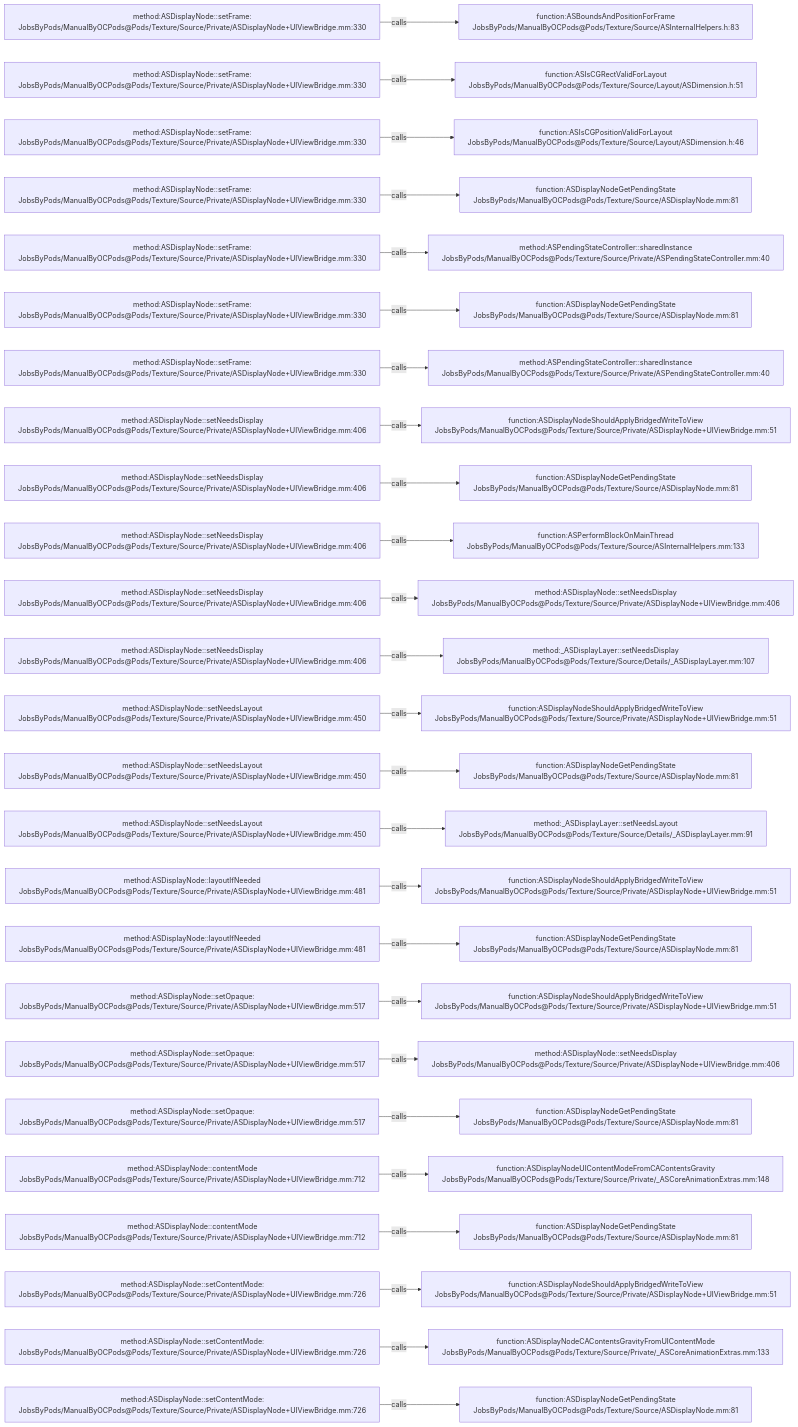
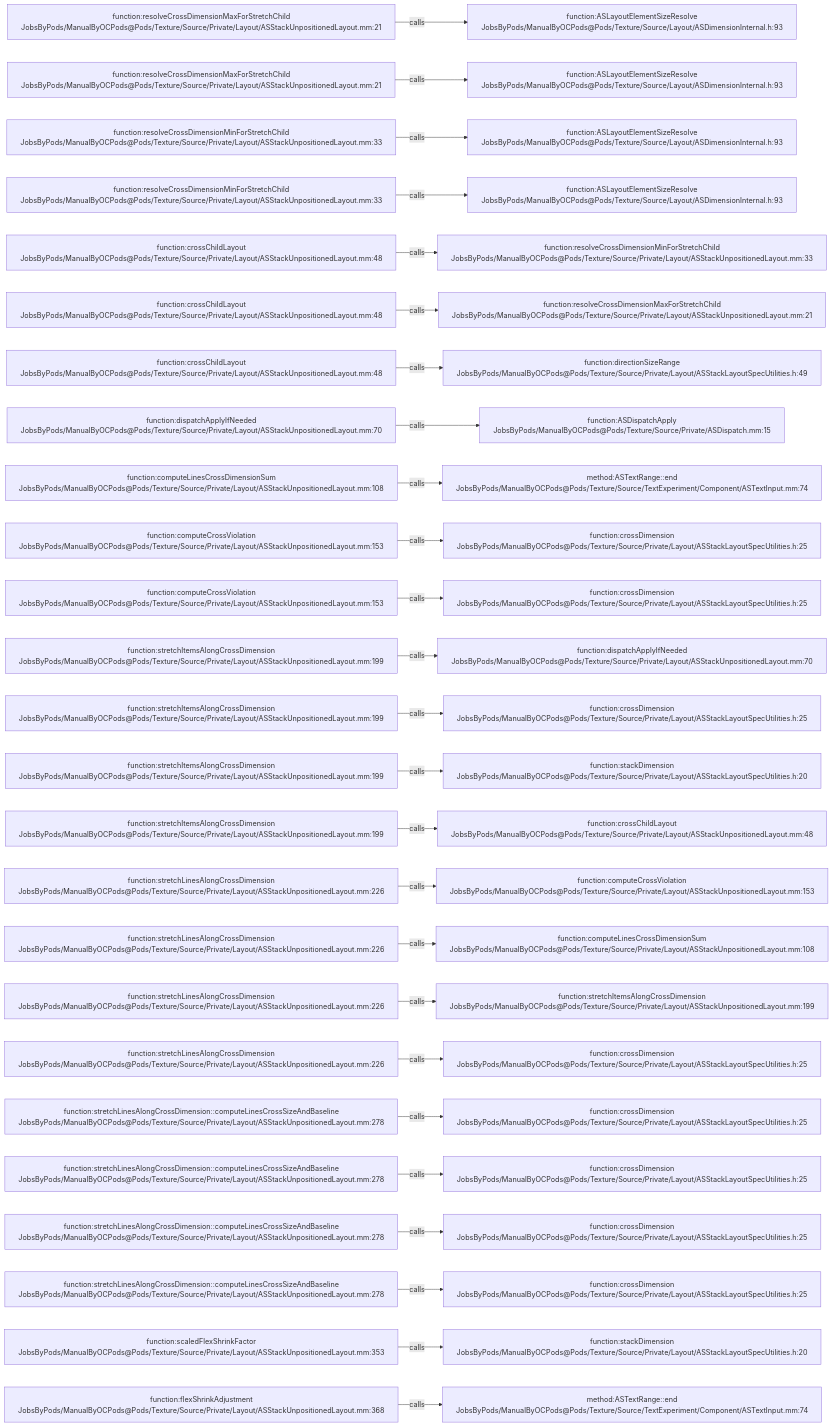
Before and after one commit to JobsKits/JobsOCBaseConfigDemo: the diagram in .codegraph/codegraph.md/graphs/calls-196.md, drawn with Mermaid. The commit also changed 1223 other files, not shown here.

````diff
--- a/.codegraph/codegraph.md/graphs/calls-196.md
+++ b/.codegraph/codegraph.md/graphs/calls-196.md
@@ -13,78 +13,78 @@
 ```mermaid
 flowchart LR
-  S1["method:ASDisplayNode::setFrame:<br/>JobsByPods/ManualByOCPods@Pods/Texture/Source/Private/ASDisplayNode+UIViewBridge.mm:330"]
-  T1["function:ASBoundsAndPositionForFrame<br/>JobsByPods/ManualByOCPods@Pods/Texture/Source/ASInternalHelpers.h:83"]
+  S1["function:resolveCrossDimensionMaxForStretchChild<br/>JobsByPods/ManualByOCPods@Pods/Texture/Source/Private/Layout/ASStackUnpositionedLayout.mm:21"]
+  T1["function:ASLayoutElementSizeResolve<br/>JobsByPods/ManualByOCPods@Pods/Texture/Source/Layout/ASDimensionInternal.h:93"]
   S1 -->|calls| T1
-  S2["method:ASDisplayNode::setFrame:<br/>JobsByPods/ManualByOCPods@Pods/Texture/Source/Private/ASDisplayNode+UIViewBridge.mm:330"]
-  T2["function:ASIsCGRectValidForLayout<br/>JobsByPods/ManualByOCPods@Pods/Texture/Source/Layout/ASDimension.h:51"]
+  S2["function:resolveCrossDimensionMaxForStretchChild<br/>JobsByPods/ManualByOCPods@Pods/Texture/Source/Private/Layout/ASStackUnpositionedLayout.mm:21"]
+  T2["function:ASLayoutElementSizeResolve<br/>JobsByPods/ManualByOCPods@Pods/Texture/Source/Layout/ASDimensionInternal.h:93"]
   S2 -->|calls| T2
-  S3["method:ASDisplayNode::setFrame:<br/>JobsByPods/ManualByOCPods@Pods/Texture/Source/Private/ASDisplayNode+UIViewBridge.mm:330"]
-  T3["function:ASIsCGPositionValidForLayout<br/>JobsByPods/ManualByOCPods@Pods/Texture/Source/Layout/ASDimension.h:46"]
+  S3["function:resolveCrossDimensionMinForStretchChild<br/>JobsByPods/ManualByOCPods@Pods/Texture/Source/Private/Layout/ASStackUnpositionedLayout.mm:33"]
+  T3["function:ASLayoutElementSizeResolve<br/>JobsByPods/ManualByOCPods@Pods/Texture/Source/Layout/ASDimensionInternal.h:93"]
   S3 -->|calls| T3
-  S4["method:ASDisplayNode::setFrame:<br/>JobsByPods/ManualByOCPods@Pods/Texture/Source/Private/ASDisplayNode+UIViewBridge.mm:330"]
-  T4["function:ASDisplayNodeGetPendingState<br/>JobsByPods/ManualByOCPods@Pods/Texture/Source/ASDisplayNode.mm:81"]
+  S4["function:resolveCrossDimensionMinForStretchChild<br/>JobsByPods/ManualByOCPods@Pods/Texture/Source/Private/Layout/ASStackUnpositionedLayout.mm:33"]
+  T4["function:ASLayoutElementSizeResolve<br/>JobsByPods/ManualByOCPods@Pods/Texture/Source/Layout/ASDimensionInternal.h:93"]
   S4 -->|calls| T4
-  S5["method:ASDisplayNode::setFrame:<br/>JobsByPods/ManualByOCPods@Pods/Texture/Source/Private/ASDisplayNode+UIViewBridge.mm:330"]
-  T5["method:ASPendingStateController::sharedInstance<br/>JobsByPods/ManualByOCPods@Pods/Texture/Source/Private/ASPendingStateController.mm:40"]
+  S5["function:crossChildLayout<br/>JobsByPods/ManualByOCPods@Pods/Texture/Source/Private/Layout/ASStackUnpositionedLayout.mm:48"]
+  T5["function:resolveCrossDimensionMinForStretchChild<br/>JobsByPods/ManualByOCPods@Pods/Texture/Source/Private/Layout/ASStackUnpositionedLayout.mm:33"]
   S5 -->|calls| T5
-  S6["method:ASDisplayNode::setFrame:<br/>JobsByPods/ManualByOCPods@Pods/Texture/Source/Private/ASDisplayNode+UIViewBridge.mm:330"]
-  T6["function:ASDisplayNodeGetPendingState<br/>JobsByPods/ManualByOCPods@Pods/Texture/Source/ASDisplayNode.mm:81"]
+  S6["function:crossChildLayout<br/>JobsByPods/ManualByOCPods@Pods/Texture/Source/Private/Layout/ASStackUnpositionedLayout.mm:48"]
+  T6["function:resolveCrossDimensionMaxForStretchChild<br/>JobsByPods/ManualByOCPods@Pods/Texture/Source/Private/Layout/ASStackUnpositionedLayout.mm:21"]
   S6 -->|calls| T6
-  S7["method:ASDisplayNode::setFrame:<br/>JobsByPods/ManualByOCPods@Pods/Texture/Source/Private/ASDisplayNode+UIViewBridge.mm:330"]
-  T7["method:ASPendingStateController::sharedInstance<br/>JobsByPods/ManualByOCPods@Pods/Texture/Source/Private/ASPendingStateController.mm:40"]
+  S7["function:crossChildLayout<br/>JobsByPods/ManualByOCPods@Pods/Texture/Source/Private/Layout/ASStackUnpositionedLayout.mm:48"]
+  T7["function:directionSizeRange<br/>JobsByPods/ManualByOCPods@Pods/Texture/Source/Private/Layout/ASStackLayoutSpecUtilities.h:49"]
   S7 -->|calls| T7
-  S8["method:ASDisplayNode::setNeedsDisplay<br/>JobsByPods/ManualByOCPods@Pods/Texture/Source/Private/ASDisplayNode+UIViewBridge.mm:406"]
-  T8["function:ASDisplayNodeShouldApplyBridgedWriteToView<br/>JobsByPods/ManualByOCPods@Pods/Texture/Source/Private/ASDisplayNode+UIViewBridge.mm:51"]
+  S8["function:dispatchApplyIfNeeded<br/>JobsByPods/ManualByOCPods@Pods/Texture/Source/Private/Layout/ASStackUnpositionedLayout.mm:70"]
+  T8["function:ASDispatchApply<br/>JobsByPods/ManualByOCPods@Pods/Texture/Source/Private/ASDispatch.mm:15"]
   S8 -->|calls| T8
-  S9["method:ASDisplayNode::setNeedsDisplay<br/>JobsByPods/ManualByOCPods@Pods/Texture/Source/Private/ASDisplayNode+UIViewBridge.mm:406"]
-  T9["function:ASDisplayNodeGetPendingState<br/>JobsByPods/ManualByOCPods@Pods/Texture/Source/ASDisplayNode.mm:81"]
+  S9["function:computeLinesCrossDimensionSum<br/>JobsByPods/ManualByOCPods@Pods/Texture/Source/Private/Layout/ASStackUnpositionedLayout.mm:108"]
+  T9["method:ASTextRange::end<br/>JobsByPods/ManualByOCPods@Pods/Texture/Source/TextExperiment/Component/ASTextInput.mm:74"]
   S9 -->|calls| T9
-  S10["method:ASDisplayNode::setNeedsDisplay<br/>JobsByPods/ManualByOCPods@Pods/Texture/Source/Private/ASDisplayNode+UIViewBridge.mm:406"]
-  T10["function:ASPerformBlockOnMainThread<br/>JobsByPods/ManualByOCPods@Pods/Texture/Source/ASInternalHelpers.mm:133"]
+  S10["function:computeCrossViolation<br/>JobsByPods/ManualByOCPods@Pods/Texture/Source/Private/Layout/ASStackUnpositionedLayout.mm:153"]
+  T10["function:crossDimension<br/>JobsByPods/ManualByOCPods@Pods/Texture/Source/Private/Layout/ASStackLayoutSpecUtilities.h:25"]
   S10 -->|calls| T10
-  S11["method:ASDisplayNode::setNeedsDisplay<br/>JobsByPods/ManualByOCPods@Pods/Texture/Source/Private/ASDisplayNode+UIViewBridge.mm:406"]
-  T11["method:ASDisplayNode::setNeedsDisplay<br/>JobsByPods/ManualByOCPods@Pods/Texture/Source/Private/ASDisplayNode+UIViewBridge.mm:406"]
+  S11["function:computeCrossViolation<br/>JobsByPods/ManualByOCPods@Pods/Texture/Source/Private/Layout/ASStackUnpositionedLayout.mm:153"]
+  T11["function:crossDimension<br/>JobsByPods/ManualByOCPods@Pods/Texture/Source/Private/Layout/ASStackLayoutSpecUtilities.h:25"]
   S11 -->|calls| T11
-  S12["method:ASDisplayNode::setNeedsDisplay<br/>JobsByPods/ManualByOCPods@Pods/Texture/Source/Private/ASDisplayNode+UIViewBridge.mm:406"]
-  T12["method:_ASDisplayLayer::setNeedsDisplay<br/>JobsByPods/ManualByOCPods@Pods/Texture/Source/Details/_ASDisplayLayer.mm:107"]
+  S12["function:stretchItemsAlongCrossDimension<br/>JobsByPods/ManualByOCPods@Pods/Texture/Source/Private/Layout/ASStackUnpositionedLayout.mm:199"]
+  T12["function:dispatchApplyIfNeeded<br/>JobsByPods/ManualByOCPods@Pods/Texture/Source/Private/Layout/ASStackUnpositionedLayout.mm:70"]
   S12 -->|calls| T12
-  S13["method:ASDisplayNode::setNeedsLayout<br/>JobsByPods/ManualByOCPods@Pods/Texture/Source/Private/ASDisplayNode+UIViewBridge.mm:450"]
-  T13["function:ASDisplayNodeShouldApplyBridgedWriteToView<br/>JobsByPods/ManualByOCPods@Pods/Texture/Source/Private/ASDisplayNode+UIViewBridge.mm:51"]
+  S13["function:stretchItemsAlongCrossDimension<br/>JobsByPods/ManualByOCPods@Pods/Texture/Source/Private/Layout/ASStackUnpositionedLayout.mm:199"]
+  T13["function:crossDimension<br/>JobsByPods/ManualByOCPods@Pods/Texture/Source/Private/Layout/ASStackLayoutSpecUtilities.h:25"]
   S13 -->|calls| T13
-  S14["method:ASDisplayNode::setNeedsLayout<br/>JobsByPods/ManualByOCPods@Pods/Texture/Source/Private/ASDisplayNode+UIViewBridge.mm:450"]
-  T14["function:ASDisplayNodeGetPendingState<br/>JobsByPods/ManualByOCPods@Pods/Texture/Source/ASDisplayNode.mm:81"]
+  S14["function:stretchItemsAlongCrossDimension<br/>JobsByPods/ManualByOCPods@Pods/Texture/Source/Private/Layout/ASStackUnpositionedLayout.mm:199"]
+  T14["function:stackDimension<br/>JobsByPods/ManualByOCPods@Pods/Texture/Source/Private/Layout/ASStackLayoutSpecUtilities.h:20"]
   S14 -->|calls| T14
-  S15["method:ASDisplayNode::setNeedsLayout<br/>JobsByPods/ManualByOCPods@Pods/Texture/Source/Private/ASDisplayNode+UIViewBridge.mm:450"]
-  T15["method:_ASDisplayLayer::setNeedsLayout<br/>JobsByPods/ManualByOCPods@Pods/Texture/Source/Details/_ASDisplayLayer.mm:91"]
+  S15["function:stretchItemsAlongCrossDimension<br/>JobsByPods/ManualByOCPods@Pods/Texture/Source/Private/Layout/ASStackUnpositionedLayout.mm:199"]
+  T15["function:crossChildLayout<br/>JobsByPods/ManualByOCPods@Pods/Texture/Source/Private/Layout/ASStackUnpositionedLayout.mm:48"]
   S15 -->|calls| T15
-  S16["method:ASDisplayNode::layoutIfNeeded<br/>JobsByPods/ManualByOCPods@Pods/Texture/Source/Private/ASDisplayNode+UIViewBridge.mm:481"]
-  T16["function:ASDisplayNodeShouldApplyBridgedWriteToView<br/>JobsByPods/ManualByOCPods@Pods/Texture/Source/Private/ASDisplayNode+UIViewBridge.mm:51"]
+  S16["function:stretchLinesAlongCrossDimension<br/>JobsByPods/ManualByOCPods@Pods/Texture/Source/Private/Layout/ASStackUnpositionedLayout.mm:226"]
+  T16["function:computeCrossViolation<br/>JobsByPods/ManualByOCPods@Pods/Texture/Source/Private/Layout/ASStackUnpositionedLayout.mm:153"]
   S16 -->|calls| T16
-  S17["method:ASDisplayNode::layoutIfNeeded<br/>JobsByPods/ManualByOCPods@Pods/Texture/Source/Private/ASDisplayNode+UIViewBridge.mm:481"]
-  T17["function:ASDisplayNodeGetPendingState<br/>JobsByPods/ManualByOCPods@Pods/Texture/Source/ASDisplayNode.mm:81"]
+  S17["function:stretchLinesAlongCrossDimension<br/>JobsByPods/ManualByOCPods@Pods/Texture/Source/Private/Layout/ASStackUnpositionedLayout.mm:226"]
+  T17["function:computeLinesCrossDimensionSum<br/>JobsByPods/ManualByOCPods@Pods/Texture/Source/Private/Layout/ASStackUnpositionedLayout.mm:108"]
   S17 -->|calls| T17
-  S18["method:ASDisplayNode::setOpaque:<br/>JobsByPods/ManualByOCPods@Pods/Texture/Source/Private/ASDisplayNode+UIViewBridge.mm:517"]
-  T18["function:ASDisplayNodeShouldApplyBridgedWriteToView<br/>JobsByPods/ManualByOCPods@Pods/Texture/Source/Private/ASDisplayNode+UIViewBridge.mm:51"]
+  S18["function:stretchLinesAlongCrossDimension<br/>JobsByPods/ManualByOCPods@Pods/Texture/Source/Private/Layout/ASStackUnpositionedLayout.mm:226"]
+  T18["function:stretchItemsAlongCrossDimension<br/>JobsByPods/ManualByOCPods@Pods/Texture/Source/Private/Layout/ASStackUnpositionedLayout.mm:199"]
   S18 -->|calls| T18
-  S19["method:ASDisplayNode::setOpaque:<br/>JobsByPods/ManualByOCPods@Pods/Texture/Source/Private/ASDisplayNode+UIViewBridge.mm:517"]
-  T19["method:ASDisplayNode::setNeedsDisplay<br/>JobsByPods/ManualByOCPods@Pods/Texture/Source/Private/ASDisplayNode+UIViewBridge.mm:406"]
+  S19["function:stretchLinesAlongCrossDimension<br/>JobsByPods/ManualByOCPods@Pods/Texture/Source/Private/Layout/ASStackUnpositionedLayout.mm:226"]
+  T19["function:crossDimension<br/>JobsByPods/ManualByOCPods@Pods/Texture/Source/Private/Layout/ASStackLayoutSpecUtilities.h:25"]
   S19 -->|calls| T19
-  S20["method:ASDisplayNode::setOpaque:<br/>JobsByPods/ManualByOCPods@Pods/Texture/Source/Private/ASDisplayNode+UIViewBridge.mm:517"]
-  T20["function:ASDisplayNodeGetPendingState<br/>JobsByPods/ManualByOCPods@Pods/Texture/Source/ASDisplayNode.mm:81"]
+  S20["function:stretchLinesAlongCrossDimension::computeLinesCrossSizeAndBaseline<br/>JobsByPods/ManualByOCPods@Pods/Texture/Source/Private/Layout/ASStackUnpositionedLayout.mm:278"]
+  T20["function:crossDimension<br/>JobsByPods/ManualByOCPods@Pods/Texture/Source/Private/Layout/ASStackLayoutSpecUtilities.h:25"]
   S20 -->|calls| T20
-  S21["method:ASDisplayNode::contentMode<br/>JobsByPods/ManualByOCPods@Pods/Texture/Source/Private/ASDisplayNode+UIViewBridge.mm:712"]
-  T21["function:ASDisplayNodeUIContentModeFromCAContentsGravity<br/>JobsByPods/ManualByOCPods@Pods/Texture/Source/Private/_ASCoreAnimationExtras.mm:148"]
+  S21["function:stretchLinesAlongCrossDimension::computeLinesCrossSizeAndBaseline<br/>JobsByPods/ManualByOCPods@Pods/Texture/Source/Private/Layout/ASStackUnpositionedLayout.mm:278"]
+  T21["function:crossDimension<br/>JobsByPods/ManualByOCPods@Pods/Texture/Source/Private/Layout/ASStackLayoutSpecUtilities.h:25"]
   S21 -->|calls| T21
-  S22["method:ASDisplayNode::contentMode<br/>JobsByPods/ManualByOCPods@Pods/Texture/Source/Private/ASDisplayNode+UIViewBridge.mm:712"]
-  T22["function:ASDisplayNodeGetPendingState<br/>JobsByPods/ManualByOCPods@Pods/Texture/Source/ASDisplayNode.mm:81"]
+  S22["function:stretchLinesAlongCrossDimension::computeLinesCrossSizeAndBaseline<br/>JobsByPods/ManualByOCPods@Pods/Texture/Source/Private/Layout/ASStackUnpositionedLayout.mm:278"]
+  T22["function:crossDimension<br/>JobsByPods/ManualByOCPods@Pods/Texture/Source/Private/Layout/ASStackLayoutSpecUtilities.h:25"]
   S22 -->|calls| T22
-  S23["method:ASDisplayNode::setContentMode:<br/>JobsByPods/ManualByOCPods@Pods/Texture/Source/Private/ASDisplayNode+UIViewBridge.mm:726"]
-  T23["function:ASDisplayNodeShouldApplyBridgedWriteToView<br/>JobsByPods/ManualByOCPods@Pods/Texture/Source/Private/ASDisplayNode+UIViewBridge.mm:51"]
+  S23["function:stretchLinesAlongCrossDimension::computeLinesCrossSizeAndBaseline<br/>JobsByPods/ManualByOCPods@Pods/Texture/Source/Private/Layout/ASStackUnpositionedLayout.mm:278"]
+  T23["function:crossDimension<br/>JobsByPods/ManualByOCPods@Pods/Texture/Source/Private/Layout/ASStackLayoutSpecUtilities.h:25"]
   S23 -->|calls| T23
-  S24["method:ASDisplayNode::setContentMode:<br/>JobsByPods/ManualByOCPods@Pods/Texture/Source/Private/ASDisplayNode+UIViewBridge.mm:726"]
-  T24["function:ASDisplayNodeCAContentsGravityFromUIContentMode<br/>JobsByPods/ManualByOCPods@Pods/Texture/Source/Private/_ASCoreAnimationExtras.mm:133"]
+  S24["function:scaledFlexShrinkFactor<br/>JobsByPods/ManualByOCPods@Pods/Texture/Source/Private/Layout/ASStackUnpositionedLayout.mm:353"]
+  T24["function:stackDimension<br/>JobsByPods/ManualByOCPods@Pods/Texture/Source/Private/Layout/ASStackLayoutSpecUtilities.h:20"]
   S24 -->|calls| T24
-  S25["method:ASDisplayNode::setContentMode:<br/>JobsByPods/ManualByOCPods@Pods/Texture/Source/Private/ASDisplayNode+UIViewBridge.mm:726"]
-  T25["function:ASDisplayNodeGetPendingState<br/>JobsByPods/ManualByOCPods@Pods/Texture/Source/ASDisplayNode.mm:81"]
+  S25["function:flexShrinkAdjustment<br/>JobsByPods/ManualByOCPods@Pods/Texture/Source/Private/Layout/ASStackUnpositionedLayout.mm:368"]
+  T25["method:ASTextRange::end<br/>JobsByPods/ManualByOCPods@Pods/Texture/Source/TextExperiment/Component/ASTextInput.mm:74"]
   S25 -->|calls| T25
 ```
````
